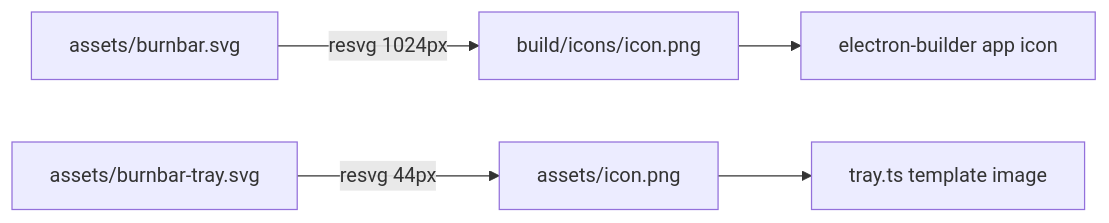
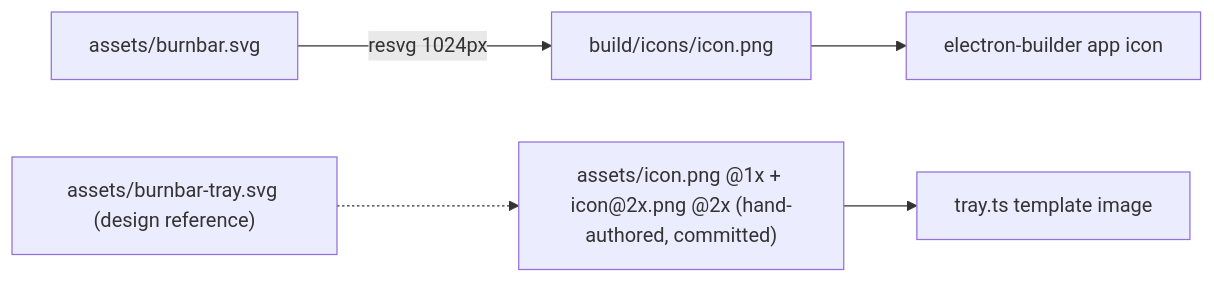
One commit to tangentlin/burnbar changed the diagram in docs/modules/icon-pipeline.md. Above: the diagram before and after it, drawn with Mermaid. The commit also changed other lines of this file and 5 other files, not shown here.

First line of the commit message:
fix(tray): crisp, correctly sized menu-bar icon on Retina

````diff
--- a/docs/modules/icon-pipeline.md
+++ b/docs/modules/icon-pipeline.md
@@ -28,5 +28,6 @@
 ```mermaid
 flowchart LR
     a["assets/burnbar.svg"] -->|resvg 1024px| b["build/icons/icon.png"] --> pkg["electron-builder app icon"]
-    c["assets/burnbar-tray.svg"] -->|resvg 44px| d["assets/icon.png"] --> tray["tray.ts template image"]
+    d["assets/icon.png @1x + icon@2x.png @2x (hand-authored, committed)"] --> tray["tray.ts template image"]
+    c["assets/burnbar-tray.svg (design reference)"] -.-> d
 ```
````
